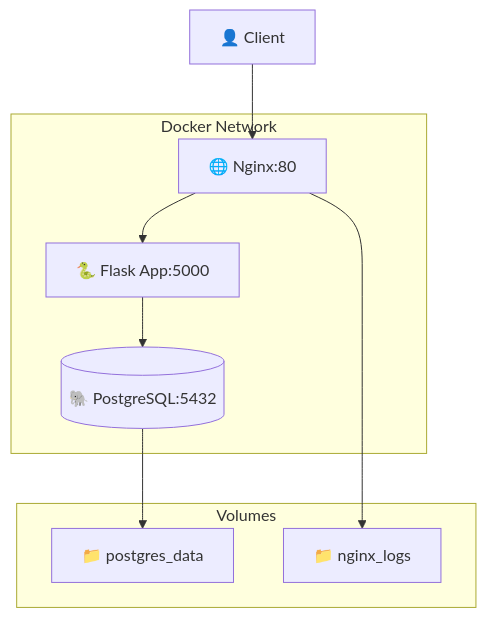
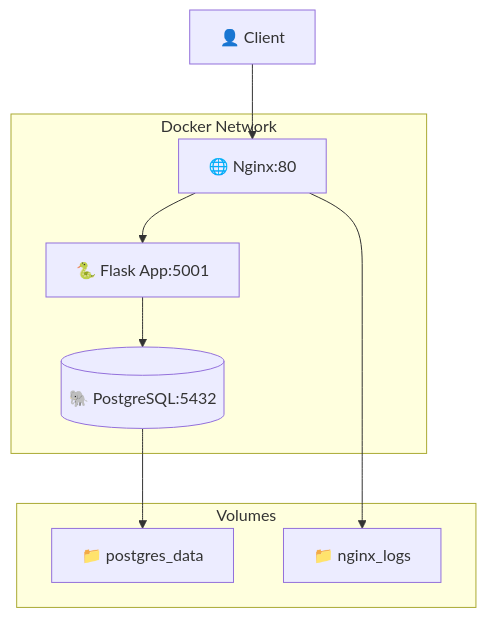
Before and after one commit to AndreyVnk/docker-compose-demo: the diagram in README.md, drawn with Mermaid. The commit also changed other lines of this file and 1 other file, not shown here.

````diff
--- a/README.md
+++ b/README.md
@@ -7,20 +7,20 @@
 ```mermaid
 graph TB
     Client[👤 Client] --> Nginx[🌐 Nginx:80]
-    Nginx --> Flask[🐍 Flask App:5000]
+    Nginx --> Flask[🐍 Flask App:5001]
     Flask --> PostgreSQL[(🐘 PostgreSQL:5432)]
     
     subgraph "Docker Network"
         Nginx
         Flask
         PostgreSQL
     end
     
     subgraph "Volumes"
         PG_Data[📁 postgres_data]
         Logs[📁 nginx_logs]
     end
     
     PostgreSQL --> PG_Data
     Nginx --> Logs
 ```
````
